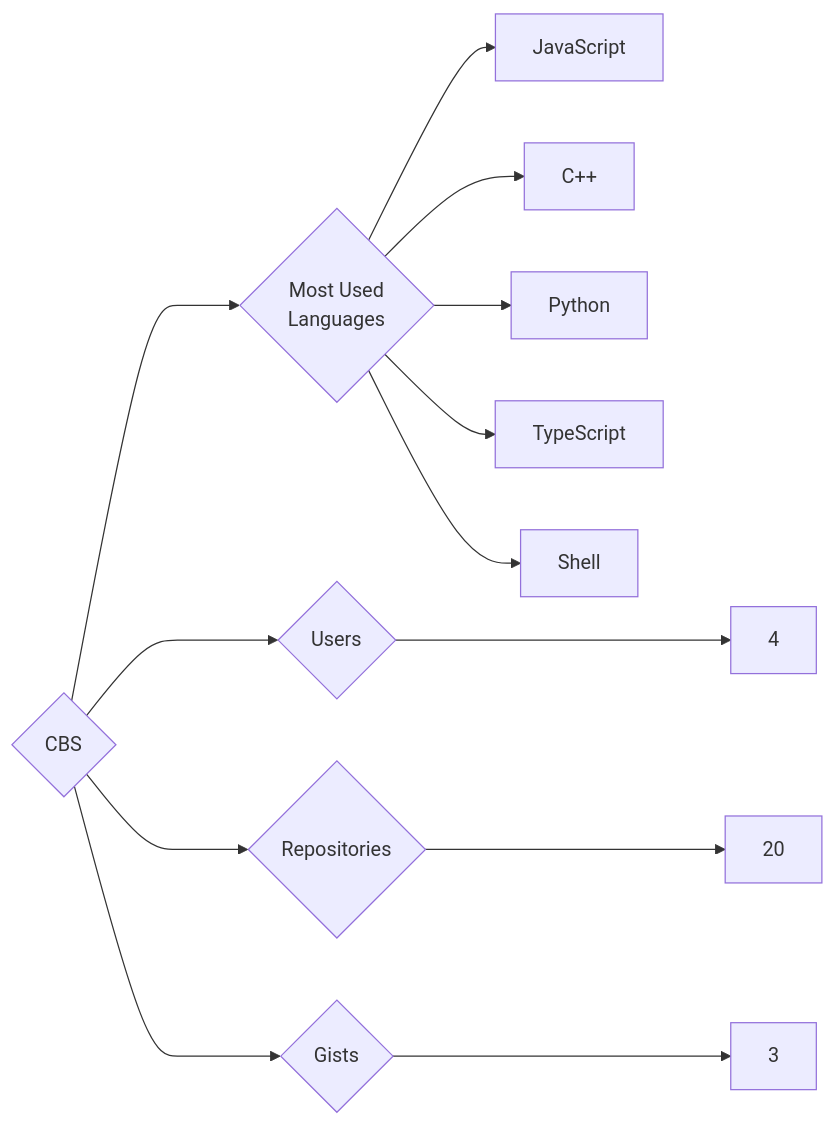
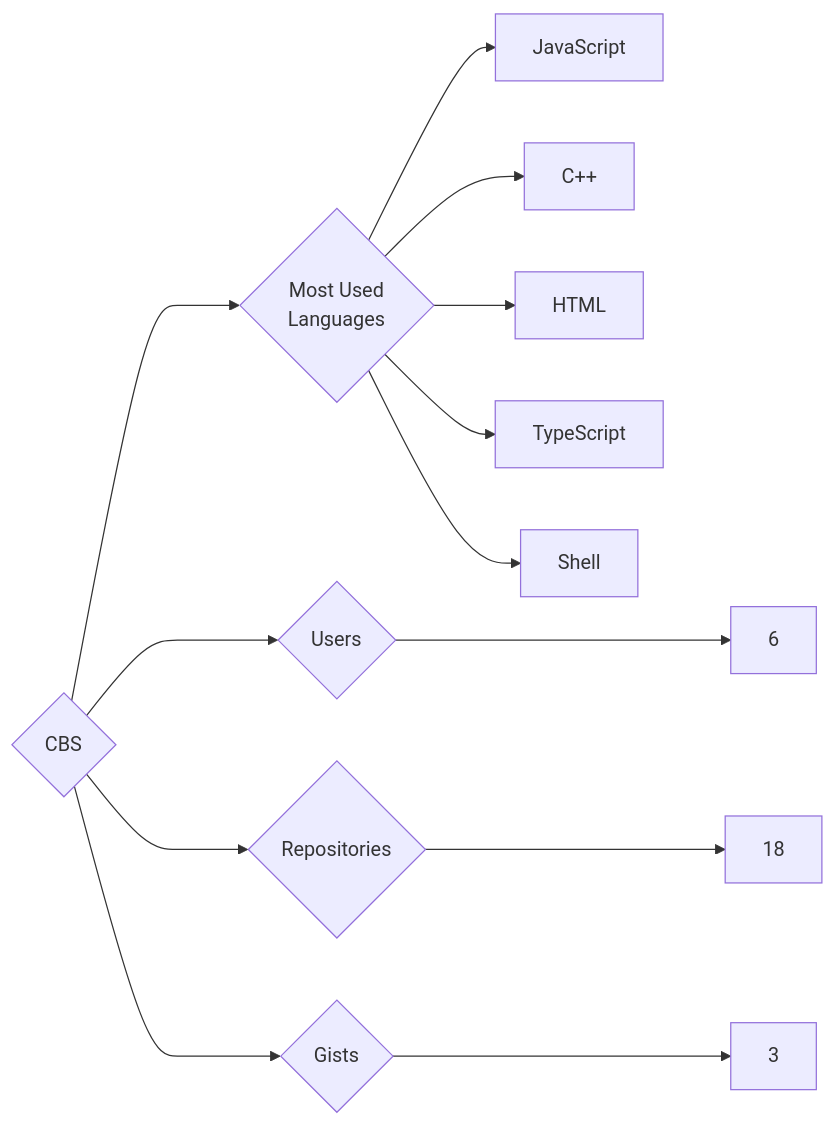
One commit to trickest/insiders changed the diagram in targets/CBS/README.md. Above: the diagram before and after it, drawn with Mermaid. The commit also changed 1170 other files, not shown here.

````diff
--- a/targets/CBS/README.md
+++ b/targets/CBS/README.md
@@ -3,13 +3,13 @@
 ```mermaid
 graph LR
 COMPANY_NAME{CBS}
-COMPANY_NAME ---> U{Users} ---> UN[4]
-COMPANY_NAME ---> R{Repositories} ---> RN[20]
+COMPANY_NAME ---> U{Users} ---> UN[6]
+COMPANY_NAME ---> R{Repositories} ---> RN[18]
 COMPANY_NAME ---> G{Gists} ---> GN[3]
 COMPANY_NAME ---> ML{Most Used<br>Languages}
 ML --> JavaScript[JavaScript]
 ML --> C++[C++]
-ML --> Python[Python]
+ML --> HTML[HTML]
 ML --> TypeScript[TypeScript]
 ML --> Shell[Shell]
 ```
````
